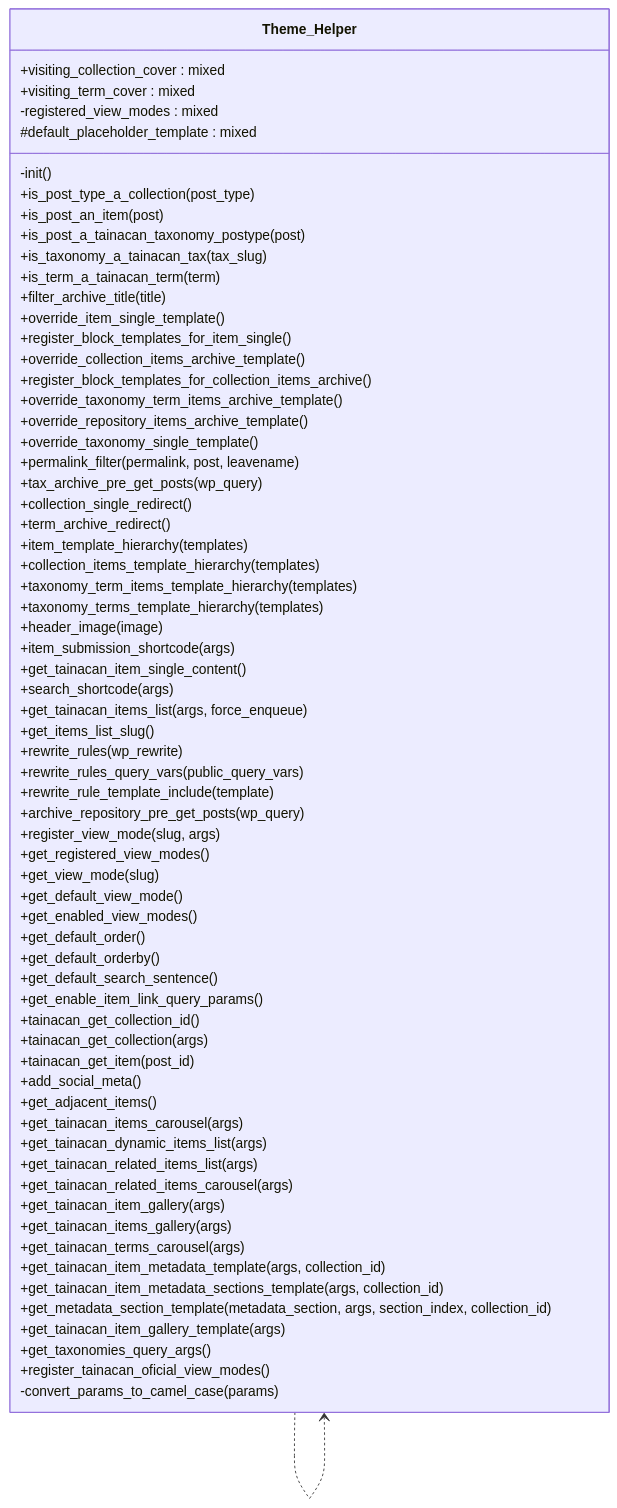
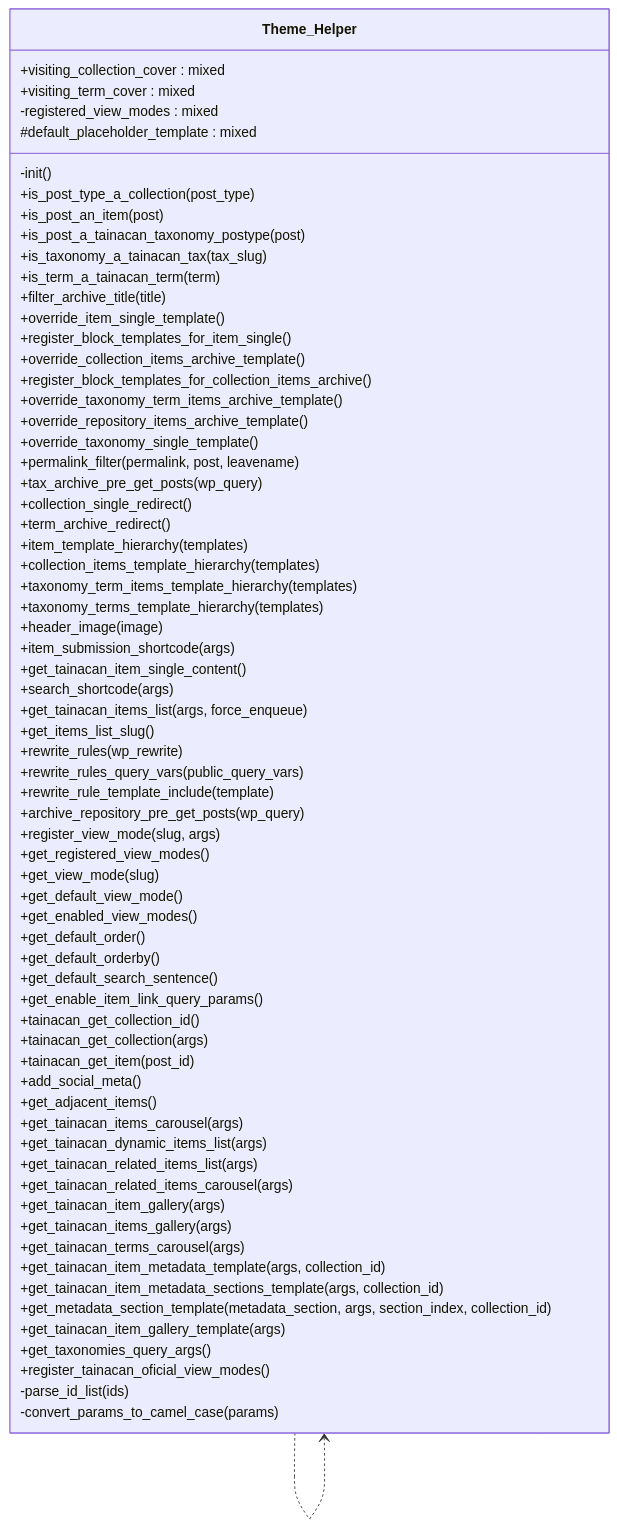
The diagram in docs/phpdoc/classes/Tainacan/Theme_Helper.mmd (tainacan/tainacan), drawn with Mermaid before and after one commit. The commit also changed 4 other files, not shown here.

```diff
--- a/docs/phpdoc/classes/Tainacan/Theme_Helper.mmd
+++ b/docs/phpdoc/classes/Tainacan/Theme_Helper.mmd
@@ -1,69 +1,70 @@
 classDiagram
     direction TB
     class Theme_Helper {
         +visiting_collection_cover : mixed
         +visiting_term_cover : mixed
         -registered_view_modes : mixed
         #default_placeholder_template : mixed
         -init()
         +is_post_type_a_collection(post_type)
         +is_post_an_item(post)
         +is_post_a_tainacan_taxonomy_postype(post)
         +is_taxonomy_a_tainacan_tax(tax_slug)
         +is_term_a_tainacan_term(term)
         +filter_archive_title(title)
         +override_item_single_template()
         +register_block_templates_for_item_single()
         +override_collection_items_archive_template()
         +register_block_templates_for_collection_items_archive()
         +override_taxonomy_term_items_archive_template()
         +override_repository_items_archive_template()
         +override_taxonomy_single_template()
         +permalink_filter(permalink, post, leavename)
         +tax_archive_pre_get_posts(wp_query)
         +collection_single_redirect()
         +term_archive_redirect()
         +item_template_hierarchy(templates)
         +collection_items_template_hierarchy(templates)
         +taxonomy_term_items_template_hierarchy(templates)
         +taxonomy_terms_template_hierarchy(templates)
         +header_image(image)
         +item_submission_shortcode(args)
         +get_tainacan_item_single_content()
         +search_shortcode(args)
         +get_tainacan_items_list(args, force_enqueue)
         +get_items_list_slug()
         +rewrite_rules(wp_rewrite)
         +rewrite_rules_query_vars(public_query_vars)
         +rewrite_rule_template_include(template)
         +archive_repository_pre_get_posts(wp_query)
         +register_view_mode(slug, args)
         +get_registered_view_modes()
         +get_view_mode(slug)
         +get_default_view_mode()
         +get_enabled_view_modes()
         +get_default_order()
         +get_default_orderby()
         +get_default_search_sentence()
         +get_enable_item_link_query_params()
         +tainacan_get_collection_id()
         +tainacan_get_collection(args)
         +tainacan_get_item(post_id)
         +add_social_meta()
         +get_adjacent_items()
         +get_tainacan_items_carousel(args)
         +get_tainacan_dynamic_items_list(args)
         +get_tainacan_related_items_list(args)
         +get_tainacan_related_items_carousel(args)
         +get_tainacan_item_gallery(args)
         +get_tainacan_items_gallery(args)
         +get_tainacan_terms_carousel(args)
         +get_tainacan_item_metadata_template(args, collection_id)
         +get_tainacan_item_metadata_sections_template(args, collection_id)
         +get_metadata_section_template(metadata_section, args, section_index, collection_id)
         +get_tainacan_item_gallery_template(args)
         +get_taxonomies_query_args()
         +register_tainacan_oficial_view_modes()
+        -parse_id_list(ids)
         -convert_params_to_camel_case(params)
     }
     Theme_Helper ..> Theme_Helper
```
